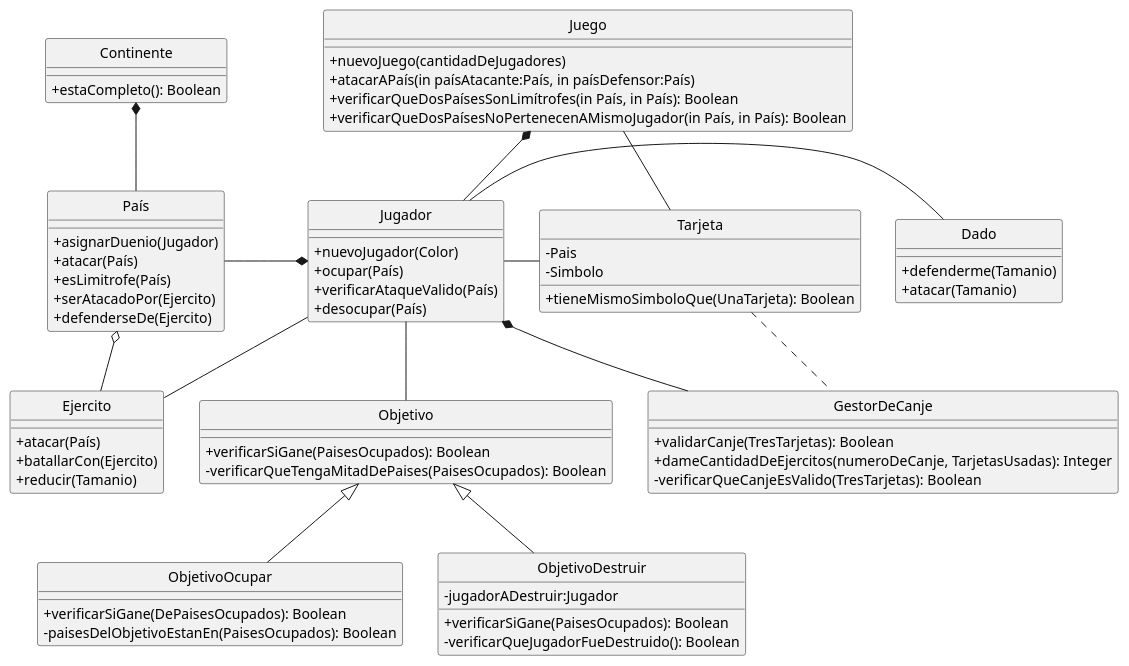
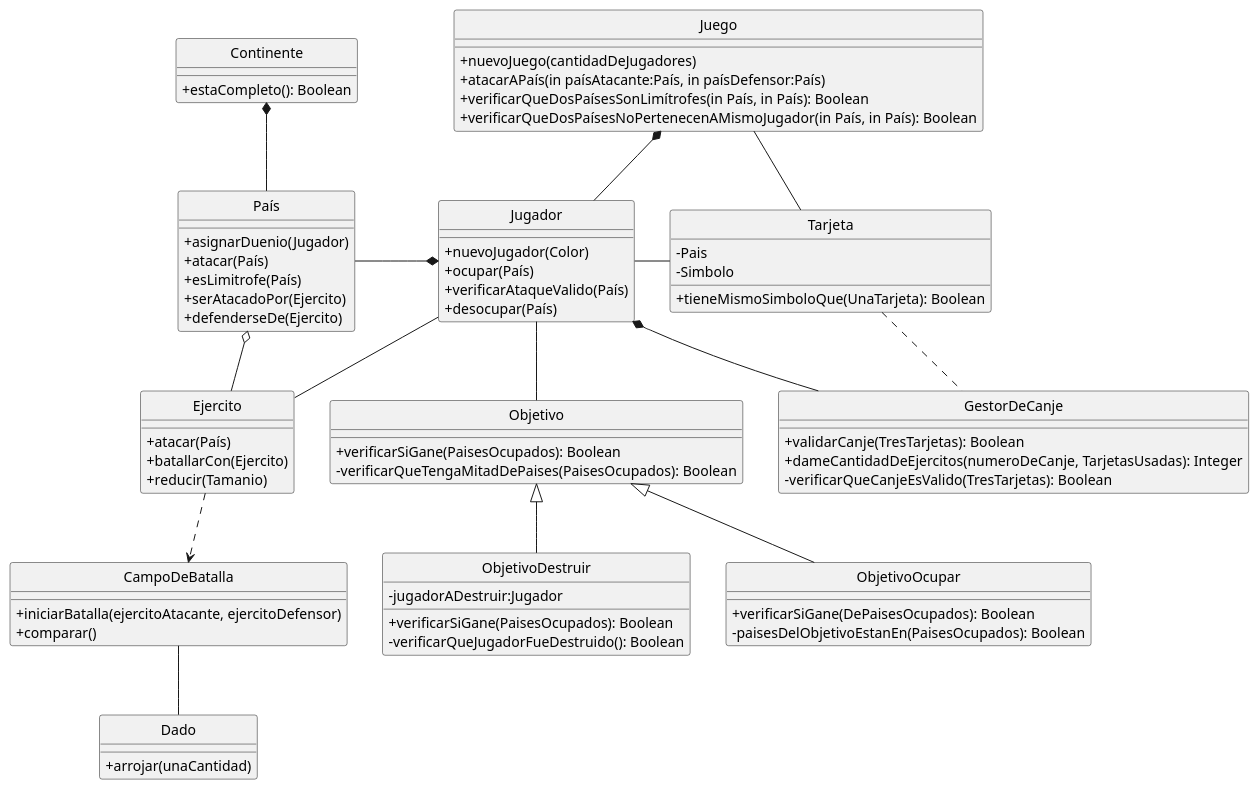
One commit to valengutierrez/algo3_tp2 changed the diagram in diagramas/clasesV2.puml. Above: the diagram before and after it, drawn with PlantUML. The commit also changed 2 other files, not shown here.

Commit message:
Pruebas y codigo para ataque entre paises, y actualización diagrama de clases

```diff
--- a/diagramas/clasesV2.puml
+++ b/diagramas/clasesV2.puml
@@ -1,82 +1,87 @@
 @startuml Diagrama de clases
 skinparam classAttributeIconSize 0
 skinparam style strictuml
 hide class circle
 hide abstract circle
 
 
 Class Juego{
   +nuevoJuego(cantidadDeJugadores)
   +atacarAPaís(in paísAtacante:País, in paísDefensor:País)
   +verificarQueDosPaísesSonLimítrofes(in País, in País): Boolean
   +verificarQueDosPaísesNoPertenecenAMismoJugador(in País, in País): Boolean
 }
 ' Class Tablero{
 
 ' }
 Class Tarjeta{
     -Pais
     -Simbolo
     ' +tieneMismoSimboloQue(DosTarjetas): Boolean
     +tieneMismoSimboloQue(UnaTarjeta): Boolean
 }
 Class Continente{
     +estaCompleto(): Boolean
 }
 Class Dado{
-    +defenderme(Tamanio)
-    +atacar(Tamanio)
+    +arrojar(unaCantidad)
 }
 Class Jugador{
     +nuevoJugador(Color)
     +ocupar(País)
     +verificarAtaqueValido(País)
     +desocupar(País)
 }
 Class País{
     +asignarDuenio(Jugador)
     +atacar(País)
     +esLimitrofe(País)
     +serAtacadoPor(Ejercito)
     +defenderseDe(Ejercito)
 }
 Class Ejercito{
     +atacar(País)
     +batallarCon(Ejercito)
     +reducir(Tamanio)
 }
 Class Objetivo{
     +verificarSiGane(PaisesOcupados): Boolean
     -verificarQueTengaMitadDePaises(PaisesOcupados): Boolean
 }
 Class ObjetivoOcupar{
     +verificarSiGane(DePaisesOcupados): Boolean
     -paisesDelObjetivoEstanEn(PaisesOcupados): Boolean
 }
 Class ObjetivoDestruir{
     -jugadorADestruir:Jugador
     +verificarSiGane(PaisesOcupados): Boolean
     -verificarQueJugadorFueDestruido(): Boolean
 }
 Class GestorDeCanje{
     +validarCanje(TresTarjetas): Boolean
     +dameCantidadDeEjercitos(numeroDeCanje, TarjetasUsadas): Integer
     -verificarQueCanjeEsValido(TresTarjetas): Boolean
 }
+Class CampoDeBatalla{
+    +iniciarBatalla(ejercitoAtacante, ejercitoDefensor)
+    +comparar()
+}
+
 
 Juego *-down- Jugador
 Juego -- Tarjeta
 Continente *-down- País
 País o-up- Ejercito
 Jugador *-left- País
-Jugador -Right- Dado
+CampoDeBatalla -Down- Dado
 Jugador -- Ejercito
 Jugador -down- Objetivo
 Jugador -right- Tarjeta
 Jugador *-down- GestorDeCanje
 Tarjeta .down. GestorDeCanje 
 Objetivo <|-down- ObjetivoOcupar
 Objetivo <|-down- ObjetivoDestruir
+Ejercito ..> CampoDeBatalla
 
 
 @enduml
```
